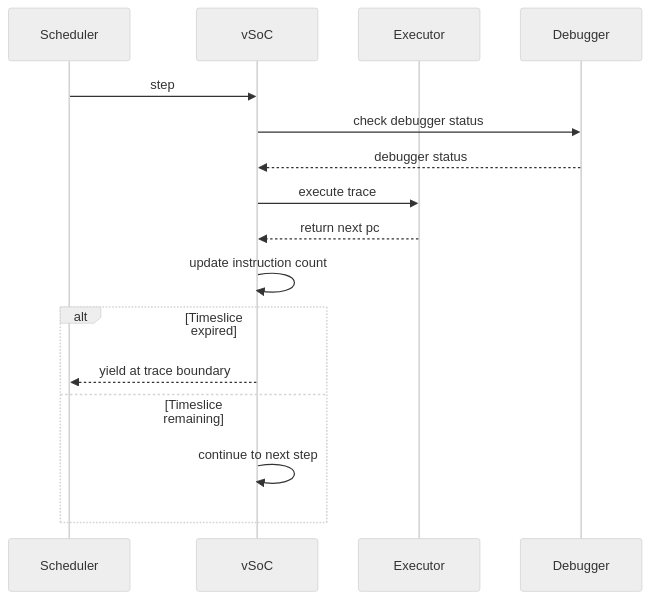
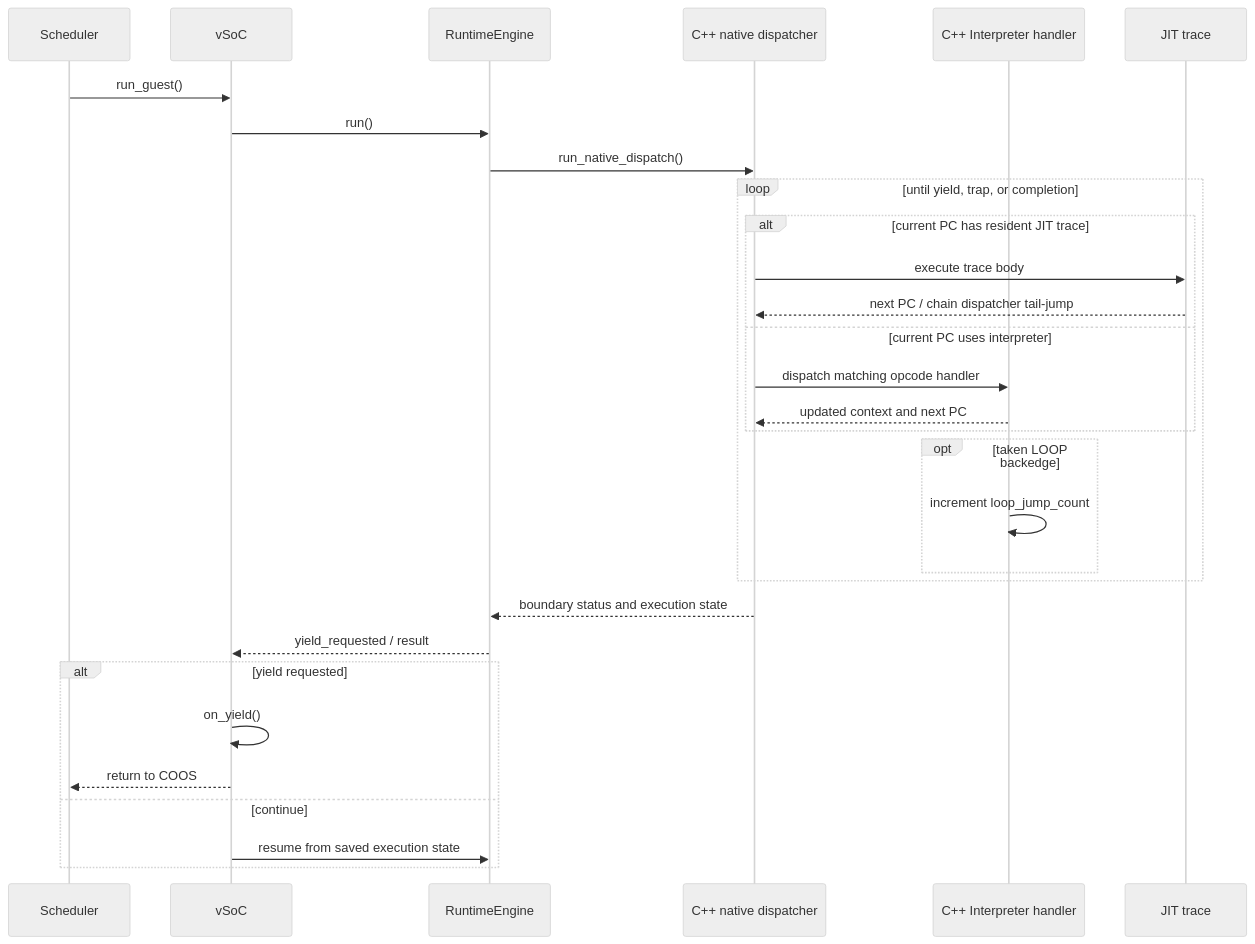
The third of 6 diagrams in docs/components/tier2_runtime/runtime_vsoc.md (kmt-t/fireball), drawn with Mermaid (neutral theme) before and after one commit. The commit also changed other lines of this file and 205 other files, not shown here.

````diff
--- a/docs/components/tier2_runtime/runtime_vsoc.md
+++ b/docs/components/tier2_runtime/runtime_vsoc.md
@@ -201,19 +198,33 @@
 ```mermaid
 sequenceDiagram
     participant S as Scheduler
     participant V as vSoC
-    participant E as Executor
-    participant D as Debugger
+    participant R as RuntimeEngine
+    participant C as C++ native dispatcher
+    participant H as C++ Interpreter handler
+    participant J as JIT trace
 
-    S->>V: step
-    V->>D: check debugger status
-    D-->>V: debugger status
-    V->>E: execute trace
-    E-->>V: return next pc
-    V->>V: update instruction count
-    alt Timeslice expired
-        V-->>S: yield at trace boundary
-    else Timeslice remaining
-        V->>V: continue to next step
+    S->>V: run_guest()
+    V->>R: run()
+    R->>C: run_native_dispatch()
+    loop until yield, trap, or completion
+        alt current PC has resident JIT trace
+            C->>J: execute trace body
+            J-->>C: next PC / chain dispatcher tail-jump
+        else current PC uses interpreter
+            C->>H: dispatch matching opcode handler
+            H-->>C: updated context and next PC
+        end
+        opt taken LOOP backedge
+            H->>H: increment loop_jump_count
+        end
+    end
+    C-->>R: boundary status and execution state
+    R-->>V: yield_requested / result
+    alt yield requested
+        V->>V: on_yield()
+        V-->>S: return to COOS
+    else continue
+        V->>R: resume from saved execution state
     end
 ```
````
